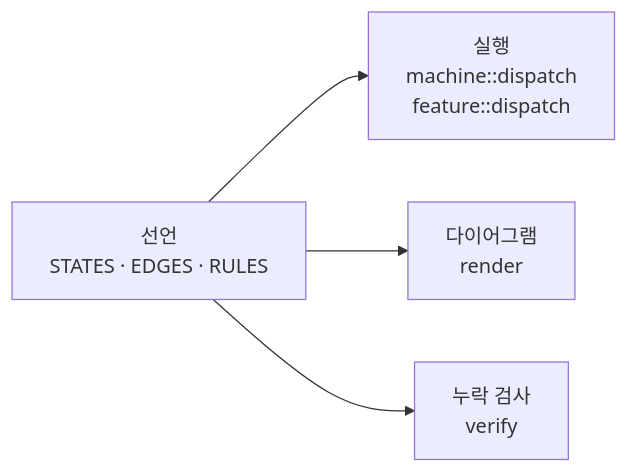
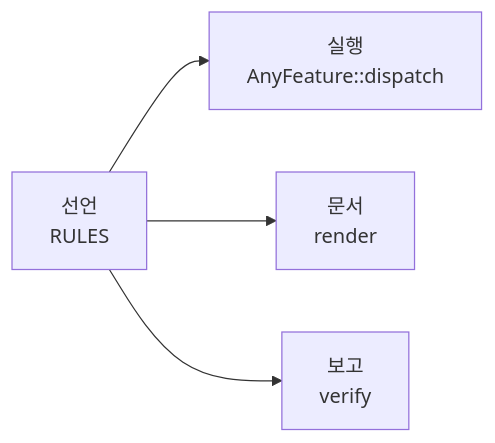
One commit to 4artit/declared changed the diagram in docs/README.md. Above: the diagram before and after it, drawn with Mermaid. The commit also changed other lines of this file and 23 other files, not shown here.

````diff
--- a/docs/README.md
+++ b/docs/README.md
@@ -22,7 +22,7 @@
 ```mermaid
 flowchart LR
-    D["선언<br/>STATES · EDGES · RULES"]
-    D --> R["실행<br/>machine::dispatch<br/>feature::dispatch"]
-    D --> G["다이어그램<br/>render"]
-    D --> V["누락 검사<br/>verify"]
+    D["선언<br/>RULES"]
+    D --> R["실행<br/>AnyFeature::dispatch"]
+    D --> G["문서<br/>render"]
+    D --> V["보고<br/>verify"]
 ```
````
